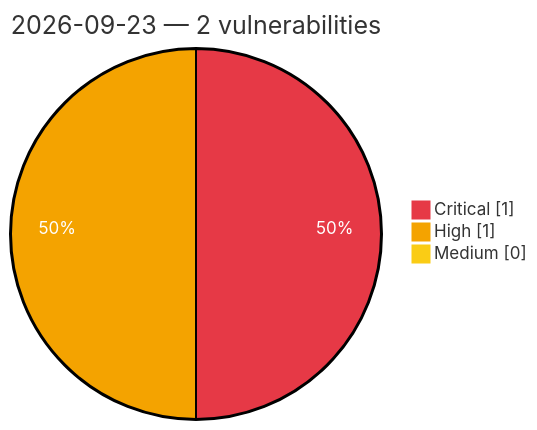
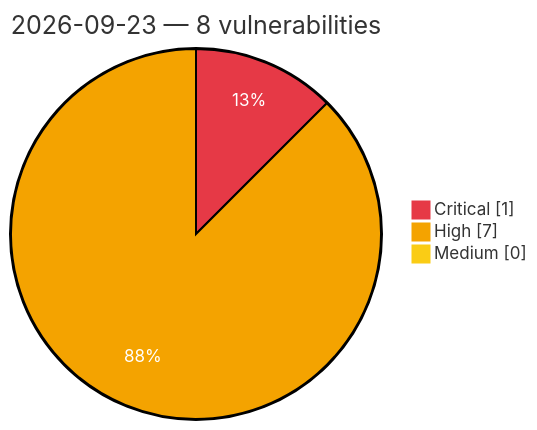
The diagram in vulnerabilities/2026/September/2026-09-23.md (GhostX0X/vuln-tracker), drawn with Mermaid before and after one commit. The commit also changed other lines of this file and 5 other files, not shown here.

````diff
--- a/vulnerabilities/2026/September/2026-09-23.md
+++ b/vulnerabilities/2026/September/2026-09-23.md
@@ -3,8 +3,8 @@
 ```mermaid
 %%{init: {'theme':'base', 'themeVariables': {'pie1':'#e63946', 'pie2':'#f4a300', 'pie3':'#facc15', 'pieOpacity':'1', 'pieOuterStrokeWidth':'2px', 'pieSectionTextColor':'#ffffff'}}}%%
 pie showData
-    title 2026-09-23 — 2 vulnerabilities
+    title 2026-09-23 — 8 vulnerabilities
     "Critical" : 1
-    "High" : 1
+    "High" : 7
     "Medium" : 0
 ```
````
